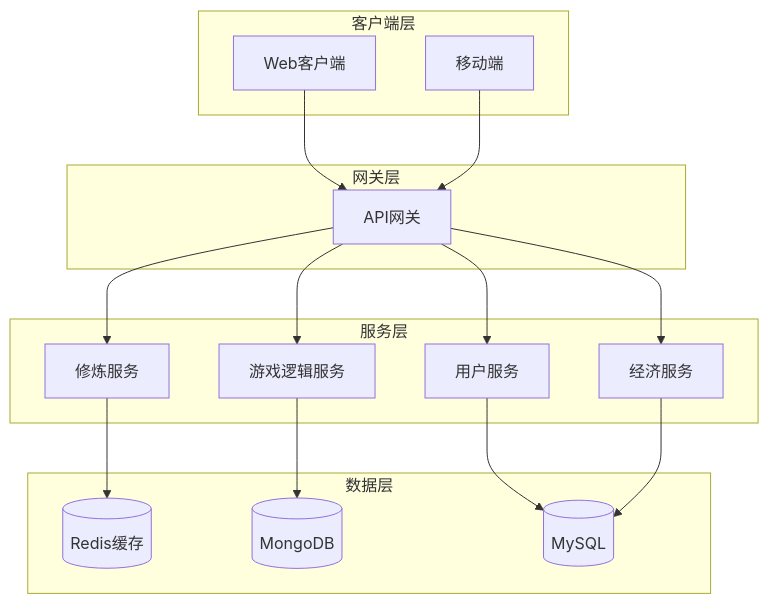
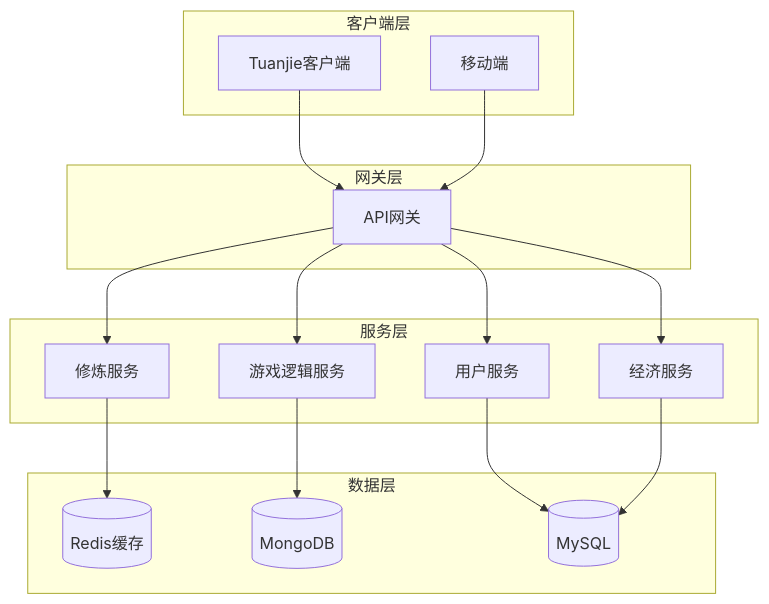
One commit to yingsiqi/Immortality changed the third of 13 diagrams in doc/design/ui-ux/diagrams-guide.md. Above: the diagram before and after it, drawn with Mermaid. The commit also changed other lines of this file and 25 other files, not shown here.

````diff
--- a/doc/design/ui-ux/diagrams-guide.md
+++ b/doc/design/ui-ux/diagrams-guide.md
@@ -57,36 +57,36 @@
 ```mermaid
 flowchart TB
     subgraph "客户端层"
-        Web[Web客户端]
+        Client[Tuanjie客户端]
         Mobile[移动端]
     end
     
     subgraph "网关层"
         Gateway[API网关]
     end
     
     subgraph "服务层"
         UserSvc[用户服务]
         GameSvc[游戏逻辑服务]
         CultSvc[修炼服务]
         EconSvc[经济服务]
     end
     
     subgraph "数据层"
         Redis[(Redis缓存)]
         MongoDB[(MongoDB)]
         MySQL[(MySQL)]
     end
     
-    Web --> Gateway
+    Client --> Gateway
     Mobile --> Gateway
     Gateway --> UserSvc
     Gateway --> GameSvc
     Gateway --> CultSvc
     Gateway --> EconSvc
     
     UserSvc --> MySQL
     GameSvc --> MongoDB
     CultSvc --> Redis
     EconSvc --> MySQL
 ```
````
